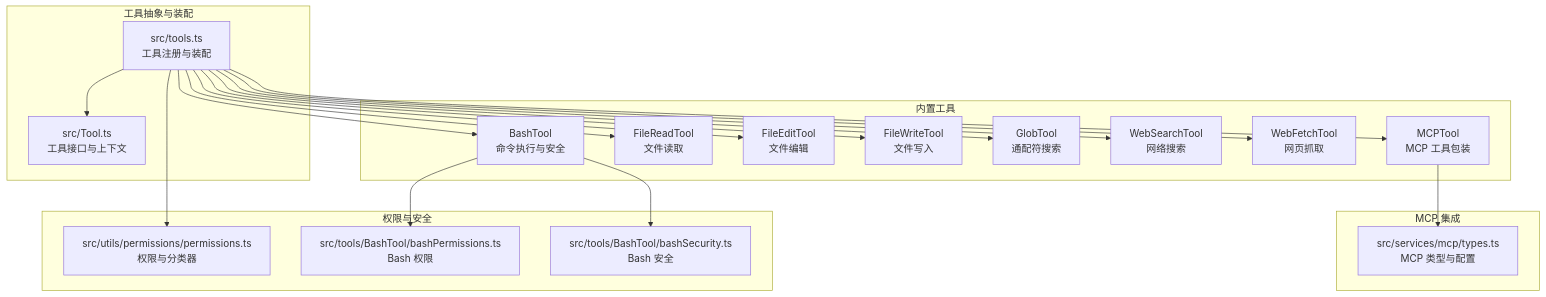
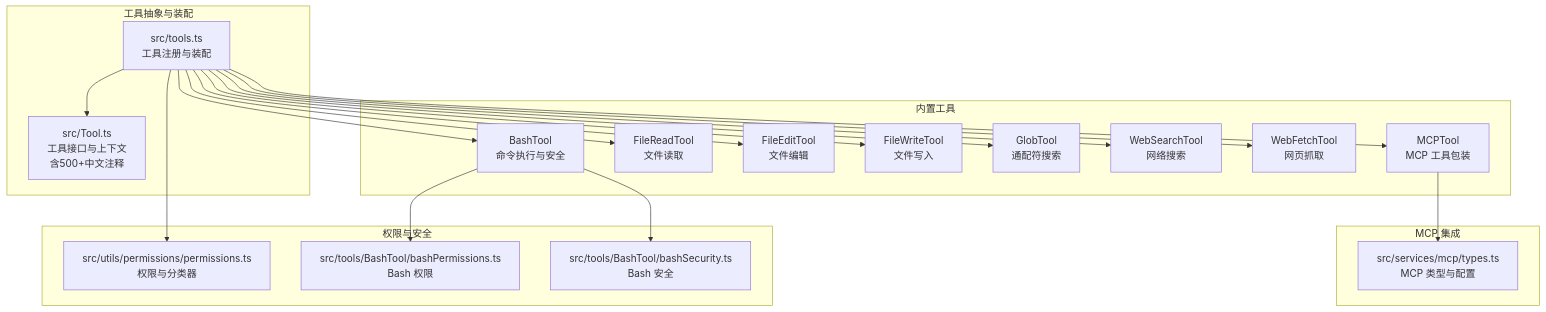
Before and after one commit to yuanliu147/claude-code: the first of 7 diagrams in .qoder/repowiki/zh/content/工具系统/工具系统.md, drawn with Mermaid. The commit also changed other lines of this file and 5 other files, not shown here.

````diff
--- a/.qoder/repowiki/zh/content/工具系统/工具系统.md
+++ b/.qoder/repowiki/zh/content/工具系统/工具系统.md
@@ -43,38 +52,38 @@
 ```mermaid
 graph TB
 subgraph "工具抽象与装配"
-ToolTS["src/Tool.ts<br/>工具接口与上下文"]
+ToolTS["src/Tool.ts<br/>工具接口与上下文<br/>含500+中文注释"]
 ToolsTS["src/tools.ts<br/>工具注册与装配"]
 end
 subgraph "内置工具"
 Bash["BashTool<br/>命令执行与安全"]
 FileRead["FileReadTool<br/>文件读取"]
 FileEdit["FileEditTool<br/>文件编辑"]
 FileWrite["FileWriteTool<br/>文件写入"]
 Glob["GlobTool<br/>通配符搜索"]
 WebSearch["WebSearchTool<br/>网络搜索"]
 WebFetch["WebFetchTool<br/>网页抓取"]
 MCPTool["MCPTool<br/>MCP 工具包装"]
 end
 subgraph "权限与安全"
 Perm["src/utils/permissions/permissions.ts<br/>权限与分类器"]
 BashPerm["src/tools/BashTool/bashPermissions.ts<br/>Bash 权限"]
 BashSec["src/tools/BashTool/bashSecurity.ts<br/>Bash 安全"]
 end
 subgraph "MCP 集成"
 MCTypes["src/services/mcp/types.ts<br/>MCP 类型与配置"]
 end
 ToolsTS --> ToolTS
 ToolsTS --> Bash
 ToolsTS --> FileRead
 ToolsTS --> FileEdit
 ToolsTS --> FileWrite
 ToolsTS --> Glob
 ToolsTS --> WebSearch
 ToolsTS --> WebFetch
 ToolsTS --> MCPTool
 Bash --> BashPerm
 Bash --> BashSec
 MCPTool --> MCTypes
 ToolsTS --> Perm
 ```
````
